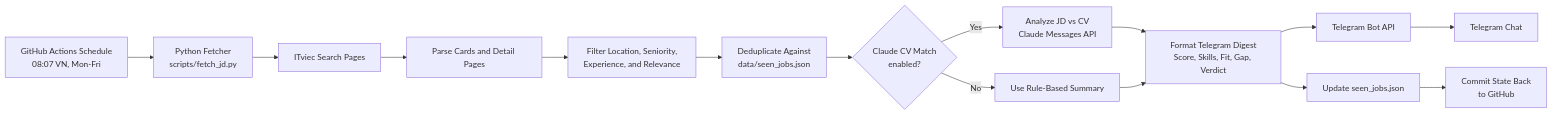
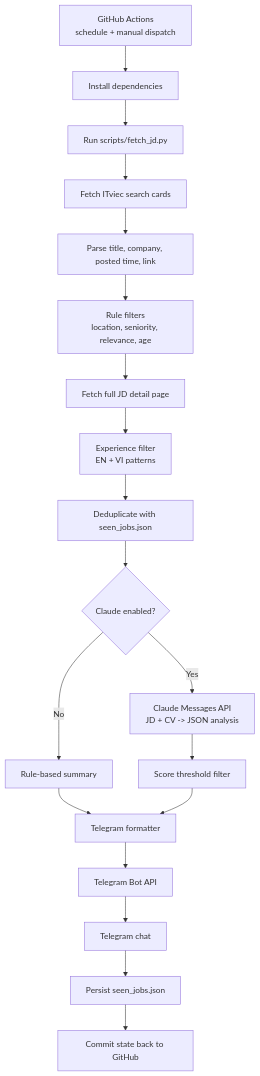
One commit to ThanhLam-NetEng/jd-daily-bot changed the diagram in README.md. Above: the diagram before and after it, drawn with Mermaid. The commit also changed other lines of this file and 1 other file, not shown here.

Commit message:
docs: refresh README for V5 Claude matching

````diff
--- a/README.md
+++ b/README.md
@@ -45,17 +60,21 @@
 ```mermaid
-flowchart LR
-    A[GitHub Actions Schedule<br/>08:07 VN, Mon-Fri] --> B[Python Fetcher<br/>scripts/fetch_jd.py]
-    B --> C[ITviec Search Pages]
-    C --> D[Parse Cards and Detail Pages]
-    D --> E[Filter Location, Seniority,<br/>Experience, and Relevance]
-    E --> F[Deduplicate Against<br/>data/seen_jobs.json]
-    F --> G{Claude CV Match<br/>enabled?}
-    G -->|Yes| H[Analyze JD vs CV<br/>Claude Messages API]
-    G -->|No| I[Use Rule-Based Summary]
-    H --> J[Format Telegram Digest<br/>Score, Skills, Fit, Gap, Verdict]
-    I --> J
-    J --> K[Telegram Bot API]
-    K --> L[Telegram Chat]
-    J --> M[Update seen_jobs.json]
-    M --> N[Commit State Back<br/>to GitHub]
+flowchart TD
+    A[GitHub Actions<br/>schedule + manual dispatch] --> B[Install dependencies]
+    B --> C[Run scripts/fetch_jd.py]
+    C --> D[Fetch ITviec search cards]
+    D --> E[Parse title, company, posted time, link]
+    E --> F[Rule filters<br/>location, seniority, relevance, age]
+    F --> G[Fetch full JD detail page]
+    G --> H[Experience filter<br/>EN + VI patterns]
+    H --> I[Deduplicate with seen_jobs.json]
+    I --> J{Claude enabled?}
+    J -->|Yes| K[Claude Messages API<br/>JD + CV -> JSON analysis]
+    J -->|No| L[Rule-based summary]
+    K --> M[Score threshold filter]
+    L --> N[Telegram formatter]
+    M --> N
+    N --> O[Telegram Bot API]
+    O --> P[Telegram chat]
+    P --> Q[Persist seen_jobs.json]
+    Q --> R[Commit state back to GitHub]
 ```
````
